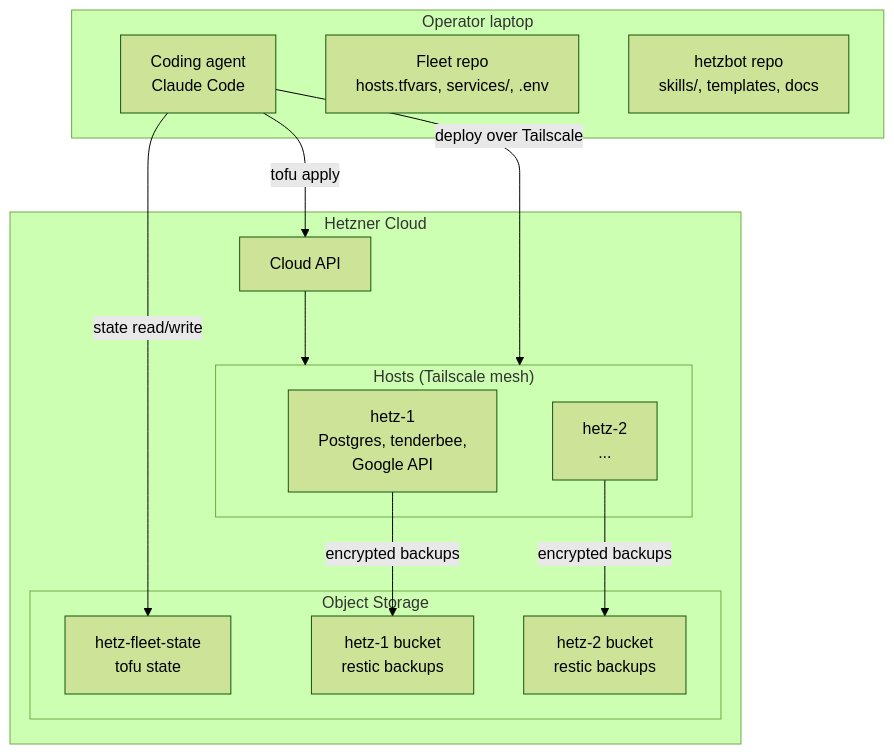
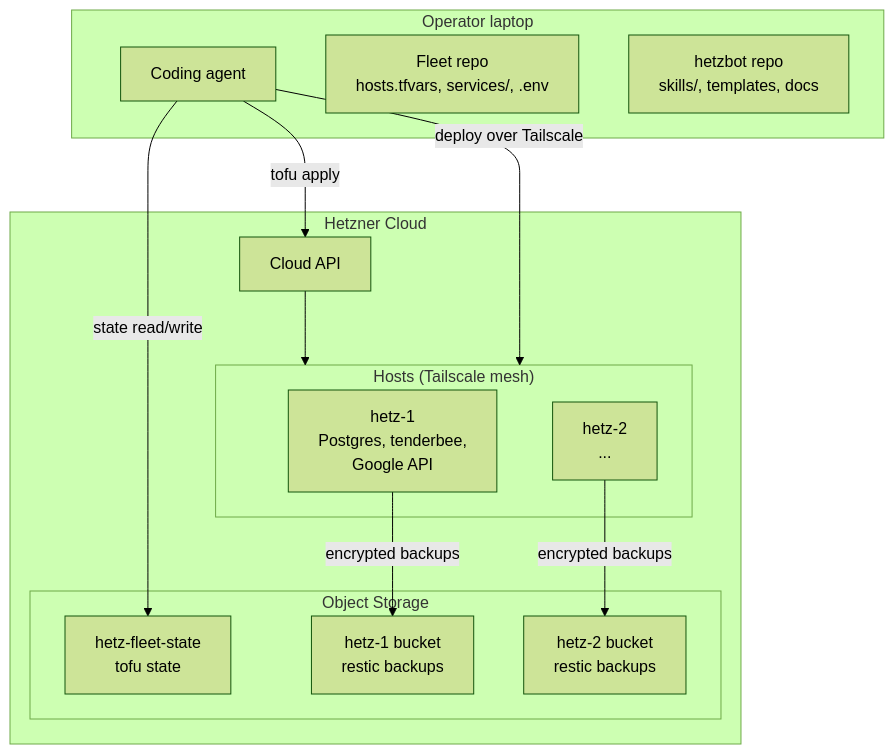
One commit to tomspiegl/hetzbot changed the diagram in README.md. Above: the diagram before and after it, drawn with Mermaid (forest theme). The commit also changed other lines of this file, not shown here.

Commit message:
Remove agent-specific branding from README

````diff
--- a/README.md
+++ b/README.md
@@ -9,28 +9,28 @@
 ```mermaid
 graph TB
     subgraph Operator["Operator laptop"]
-        Agent[Coding agent<br/>Claude Code]
+        Agent[Coding agent]
         Fleet[Fleet repo<br/>hosts.tfvars, services/, .env]
         FW[hetzbot repo<br/>skills/, templates, docs]
     end
 
     subgraph Hetzner["Hetzner Cloud"]
         API[Cloud API]
         subgraph Hosts["Hosts (Tailscale mesh)"]
             H1["hetz-1<br/>Postgres, tenderbee,<br/>Google API"]
             H2["hetz-2<br/>..."]
         end
         subgraph S3["Object Storage"]
             TFS["hetz-fleet-state<br/>tofu state"]
             B1["hetz-1 bucket<br/>restic backups"]
             B2["hetz-2 bucket<br/>restic backups"]
         end
     end
 
     Agent -->|tofu apply| API
     API --> Hosts
     Agent -->|deploy over Tailscale| Hosts
     H1 -->|encrypted backups| B1
     H2 -->|encrypted backups| B2
     Agent -->|state read/write| TFS
 ```
````
